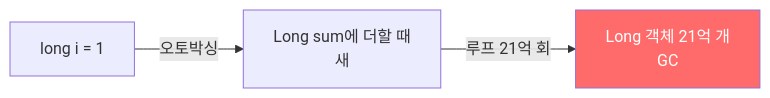
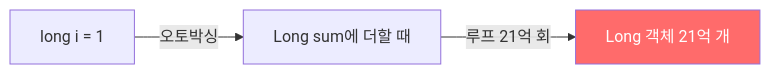
One commit to yjkim2015/yjkim2015.github.io changed the second of 3 diagrams in _posts/java/2021-12-19-effective-java6.md. Above: the diagram before and after it, drawn with Mermaid. The commit also changed other lines of this file and 217 other files, not shown here.

First line of the commit message:
Mermaid 크기 수정: useMaxWidth:true + SVG max-width:100% + 라벨 축소

````diff
--- a/_posts/java/2021-12-19-effective-java6.md
+++ b/_posts/java/2021-12-19-effective-java6.md
@@ -123,6 +123,6 @@
 ```mermaid
 graph LR
-    A["long i = 1"] -->|"오토박싱"| B["Long sum에 더할 때\n새"]
-    B -->|"루프 21억 회"| C["Long 객체 21억 개\nGC"]
+    A["long i = 1"] -->|"오토박싱"| B["Long sum에 더할 때"]
+    B -->|"루프 21억 회"| C["Long 객체 21억 개"]
     style C fill:#ff6b6b,color:#fff
 ```
````
